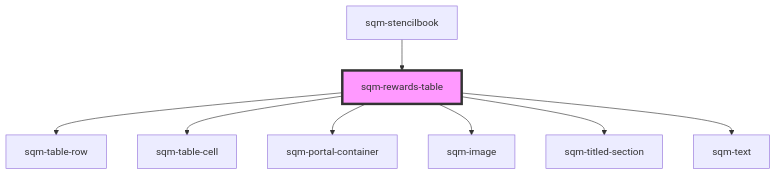
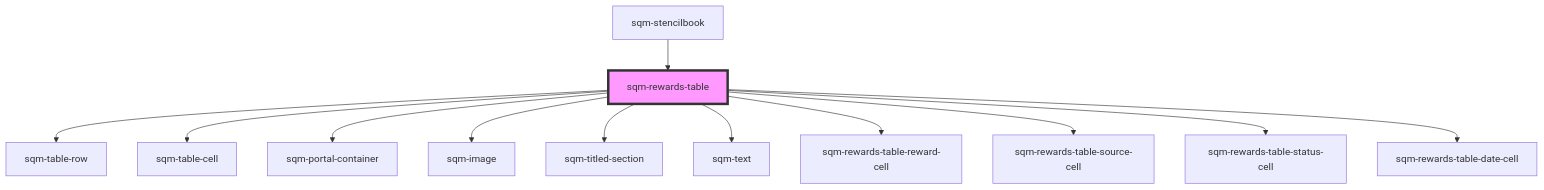
Before and after one commit to saasquatch/program-tools: the diagram in packages/mint-components/src/components/sqm-rewards-table/readme.md, drawn with Mermaid. The commit also changed other lines of this file and 17 other files, not shown here.

````diff
--- a/packages/mint-components/src/components/sqm-rewards-table/readme.md
+++ b/packages/mint-components/src/components/sqm-rewards-table/readme.md
@@ -42,11 +46,15 @@
 ```mermaid
 graph TD;
   sqm-rewards-table --> sqm-table-row
   sqm-rewards-table --> sqm-table-cell
   sqm-rewards-table --> sqm-portal-container
   sqm-rewards-table --> sqm-image
   sqm-rewards-table --> sqm-titled-section
   sqm-rewards-table --> sqm-text
+  sqm-rewards-table --> sqm-rewards-table-reward-cell
+  sqm-rewards-table --> sqm-rewards-table-source-cell
+  sqm-rewards-table --> sqm-rewards-table-status-cell
+  sqm-rewards-table --> sqm-rewards-table-date-cell
   sqm-stencilbook --> sqm-rewards-table
   style sqm-rewards-table fill:#f9f,stroke:#333,stroke-width:4px
 ```
````
